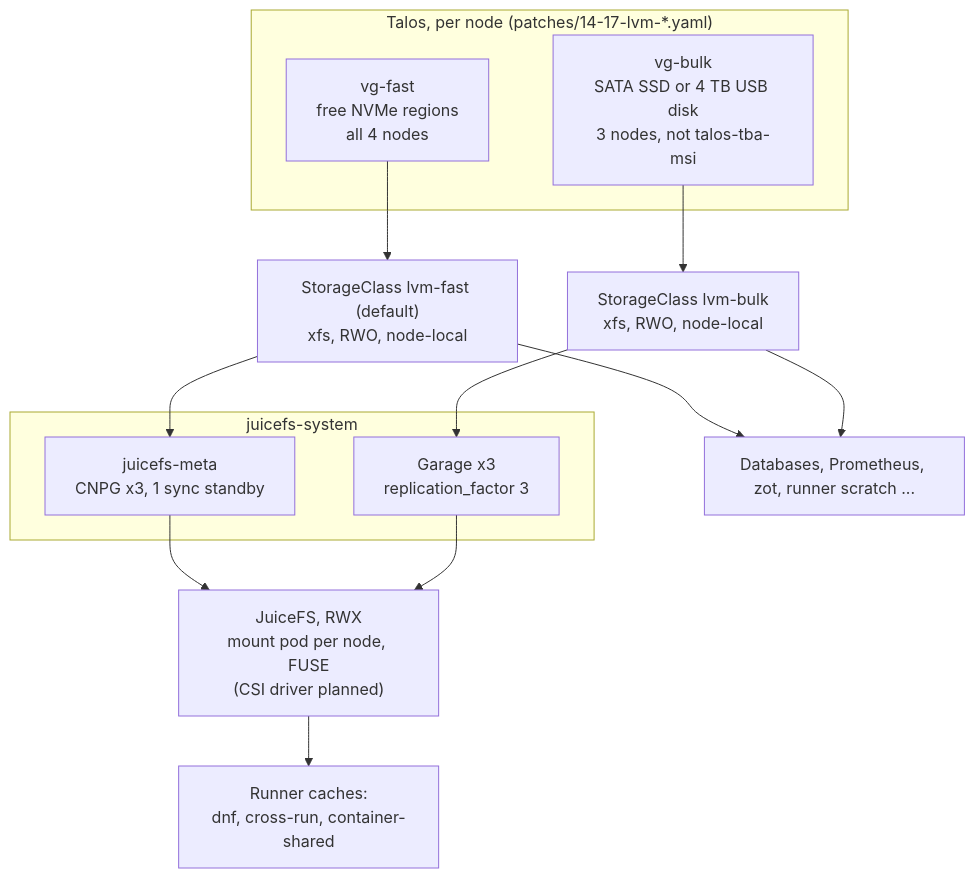
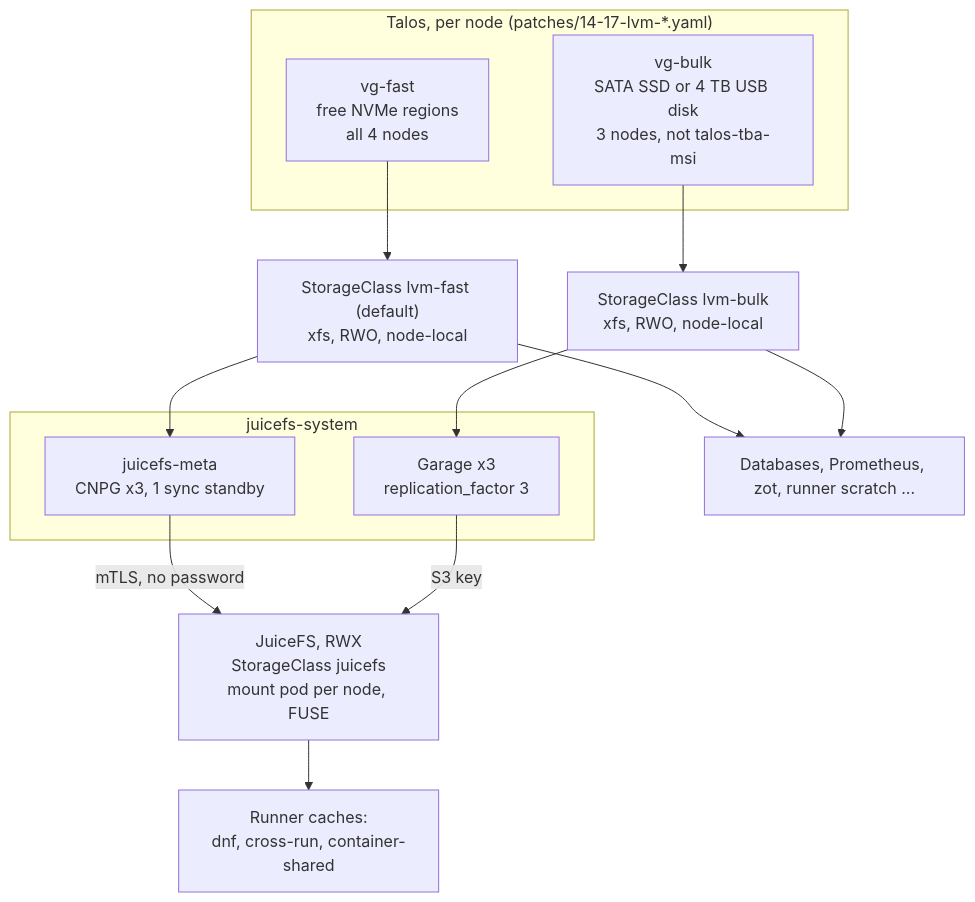
The diagram in docs/storage.md (cthtrifork/talos-gitops), drawn with Mermaid before and after one commit. The commit also changed other lines of this file and 18 other files, not shown here.

First line of the commit message:
feat(juicefs-system): add the JuiceFS CSI driver and a ReadWriteMany StorageClass

````diff
--- a/docs/storage.md
+++ b/docs/storage.md
@@ -5,20 +5,20 @@
 ```mermaid
 flowchart TB
     subgraph talos["Talos, per node (patches/14-17-lvm-*.yaml)"]
         fast["vg-fast<br/>free NVMe regions<br/>all 4 nodes"]
         bulk["vg-bulk<br/>SATA SSD or 4 TB USB disk<br/>3 nodes, not talos-tba-msi"]
     end
     fast --> sf["StorageClass lvm-fast (default)<br/>xfs, RWO, node-local"]
     bulk --> sb["StorageClass lvm-bulk<br/>xfs, RWO, node-local"]
     sf --> apps["Databases, Prometheus, zot, runner scratch ..."]
     sb --> apps
     subgraph jfs["juicefs-system"]
         meta["juicefs-meta<br/>CNPG x3, 1 sync standby"]
         garage["Garage x3<br/>replication_factor 3"]
     end
     sf --> meta
     sb --> garage
-    meta --> fs["JuiceFS, RWX<br/>mount pod per node, FUSE<br/>(CSI driver planned)"]
-    garage --> fs
+    meta -->|"mTLS, no password"| fs["JuiceFS, RWX<br/>StorageClass juicefs<br/>mount pod per node, FUSE"]
+    garage -->|"S3 key"| fs
     fs --> runners["Runner caches:<br/>dnf, cross-run, container-shared"]
 ```
````
